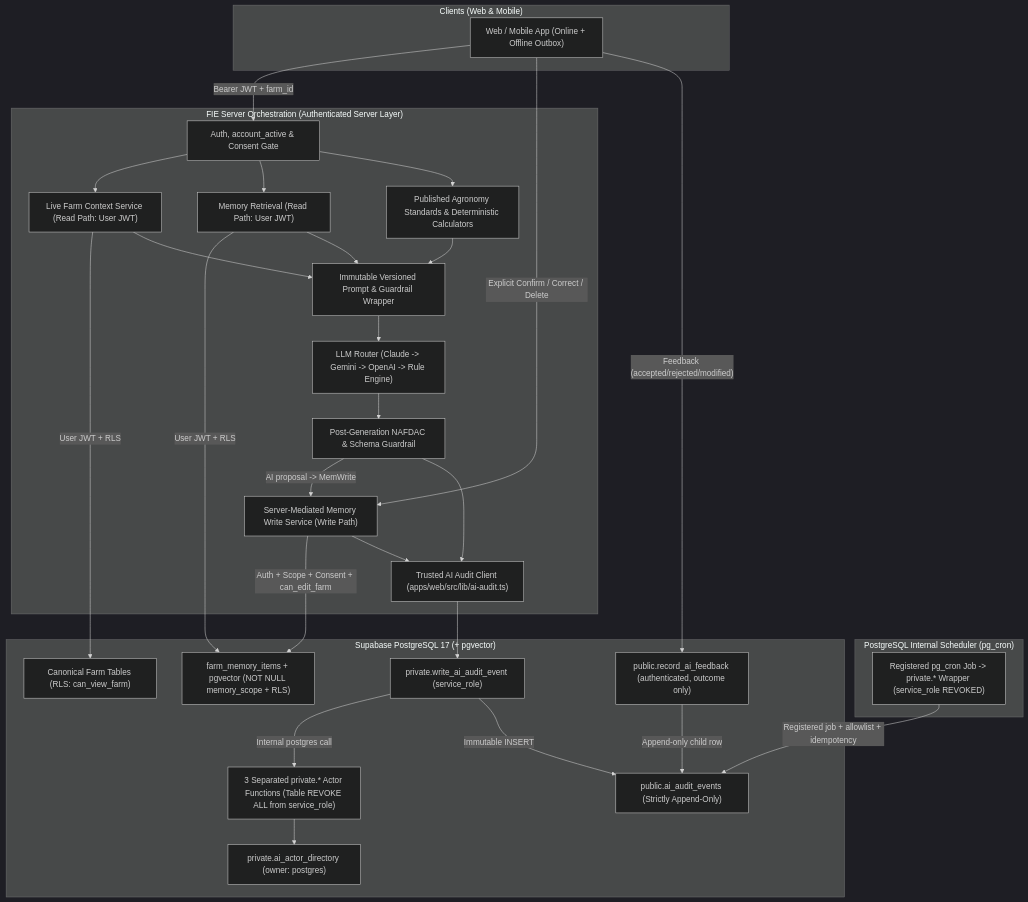
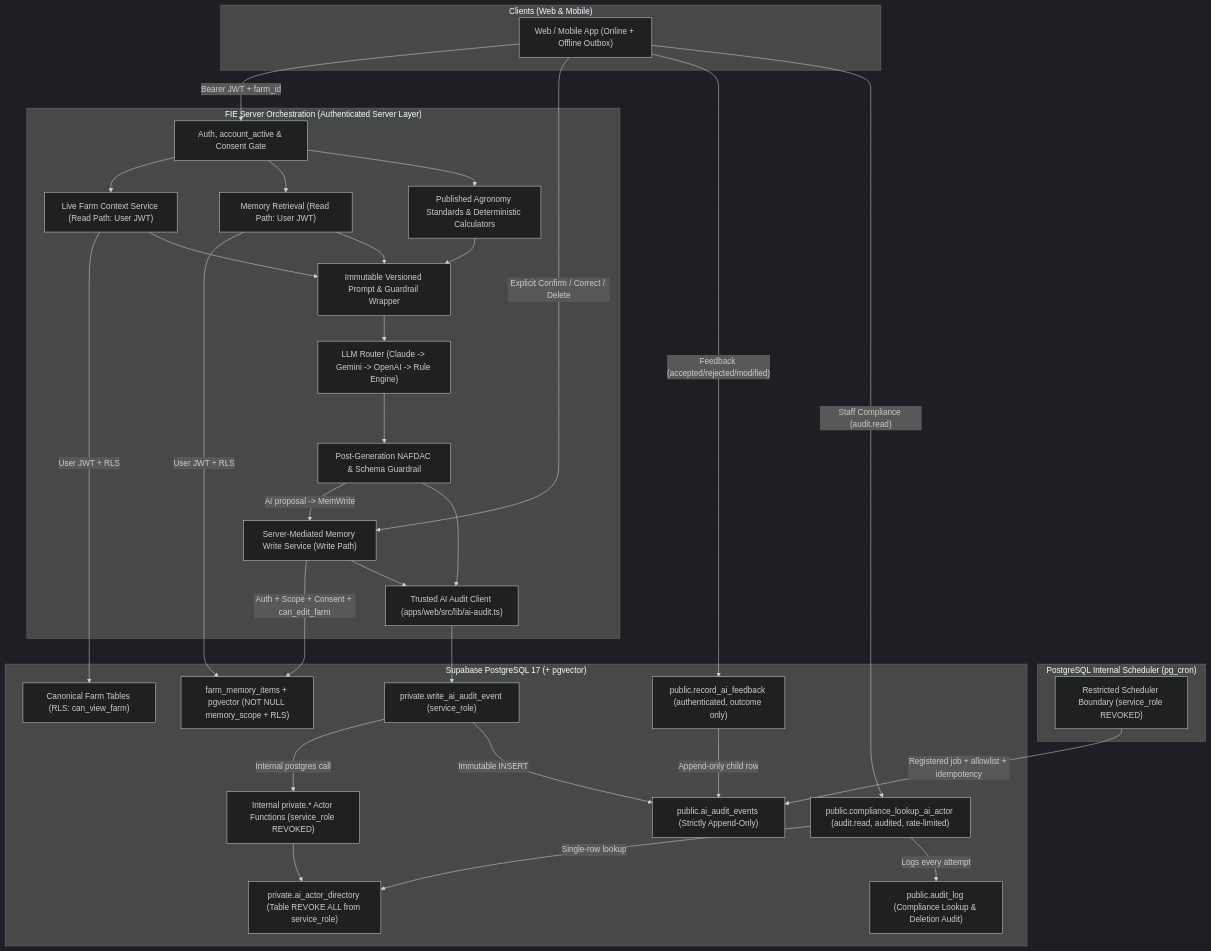
Before and after one commit to farmconnect-ux/cultivanode: the first of 4 diagrams in docs/architecture/batch-03/BATCH_03_0_TARGET_ARCHITECTURE.md, drawn with Mermaid (dark theme). The commit also changed other lines of this file and 6 other files, not shown here.

Commit message:
docs(architecture): complete PR #12 final security clarifications

````diff
--- a/docs/architecture/batch-03/BATCH_03_0_TARGET_ARCHITECTURE.md
+++ b/docs/architecture/batch-03/BATCH_03_0_TARGET_ARCHITECTURE.md
@@ -12,56 +12,61 @@
 ```mermaid
 flowchart TB
   subgraph Clients["Clients (Web & Mobile)"]
     UI["Web / Mobile App (Online + Offline Outbox)"]
   end
 
   subgraph EdgeOrch["FIE Server Orchestration (Authenticated Server Layer)"]
     AuthGate["Auth, account_active & Consent Gate"]
     CtxSvc["Live Farm Context Service (Read Path: User JWT)"]
     MemRead["Memory Retrieval (Read Path: User JWT)"]
     MemWrite["Server-Mediated Memory Write Service (Write Path)"]
     AgronRAG["Published Agronomy Standards & Deterministic Calculators"]
     PromptAsm["Immutable Versioned Prompt & Guardrail Wrapper"]
     LLMRouter["LLM Router (Claude -> Gemini -> OpenAI -> Rule Engine)"]
     SafetyChk["Post-Generation NAFDAC & Schema Guardrail"]
     ServerAudit["Trusted AI Audit Client (apps/web/src/lib/ai-audit.ts)"]
   end
 
   subgraph Scheduler["PostgreSQL Internal Scheduler (pg_cron)"]
-    CronJob["Registered pg_cron Job -> private.* Wrapper (service_role REVOKED)"]
+    CronJob["Restricted Scheduler Boundary (service_role REVOKED)"]
   end
 
   subgraph Supabase["Supabase PostgreSQL 17 (+ pgvector)"]
     FarmDB["Canonical Farm Tables (RLS: can_view_farm)"]
     MemDB["farm_memory_items + pgvector (NOT NULL memory_scope + RLS)"]
     AuditWriter["private.write_ai_audit_event (service_role)"]
     FeedbackRPC["public.record_ai_feedback (authenticated, outcome only)"]
-    ActorFns["3 Separated private.* Actor Functions (Table REVOKE ALL from service_role)"]
-    ActorDir["private.ai_actor_directory (owner: postgres)"]
+    CompRPC["public.compliance_lookup_ai_actor (audit.read, audited, rate-limited)"]
+    ActorFns["Internal private.* Actor Functions (service_role REVOKED)"]
+    ActorDir["private.ai_actor_directory (Table REVOKE ALL from service_role)"]
     AuditDB["public.ai_audit_events (Strictly Append-Only)"]
+    SysAudit["public.audit_log (Compliance Lookup & Deletion Audit)"]
   end
 
   UI -->|"Bearer JWT + farm_id"| AuthGate
   AuthGate --> CtxSvc
   AuthGate --> MemRead
   CtxSvc -->|"User JWT + RLS"| FarmDB
   MemRead -->|"User JWT + RLS"| MemDB
   AuthGate --> AgronRAG
   CtxSvc --> PromptAsm
   MemRead --> PromptAsm
   AgronRAG --> PromptAsm
   PromptAsm --> LLMRouter
   LLMRouter --> SafetyChk
   SafetyChk -->|"AI proposal -> MemWrite"| MemWrite
   UI -->|"Explicit Confirm / Correct / Delete"| MemWrite
   UI -->|"Feedback (accepted/rejected/modified)"| FeedbackRPC
+  UI -->|"Staff Compliance (audit.read)"| CompRPC
   MemWrite -->|"Auth + Scope + Consent + can_edit_farm"| MemDB
   SafetyChk --> ServerAudit
   MemWrite --> ServerAudit
   ServerAudit --> AuditWriter
   AuditWriter -->|"Internal postgres call"| ActorFns
   ActorFns --> ActorDir
+  CompRPC -->|"Single-row lookup"| ActorDir
+  CompRPC -->|"Logs every attempt"| SysAudit
   AuditWriter -->|"Immutable INSERT"| AuditDB
   FeedbackRPC -->|"Append-only child row"| AuditDB
   CronJob -->|"Registered job + allowlist + idempotency"| AuditDB
 ```
````
